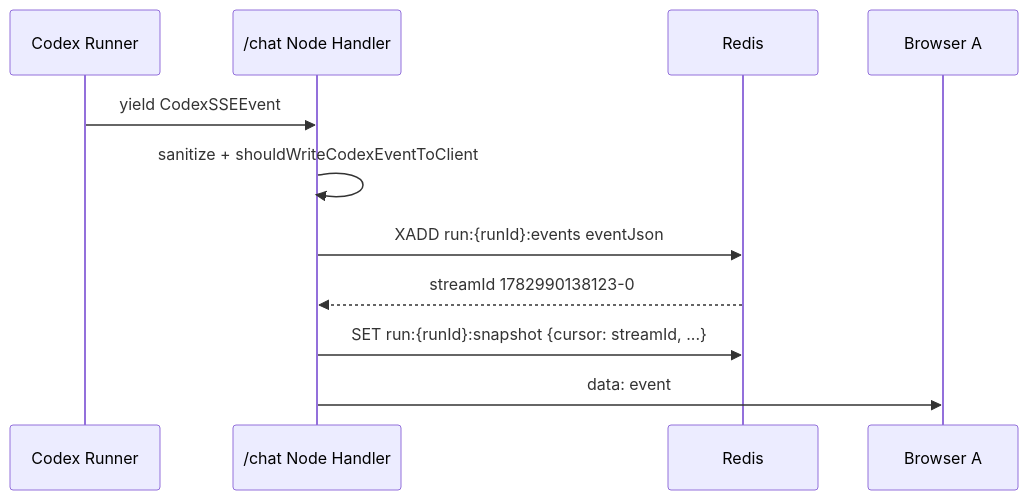
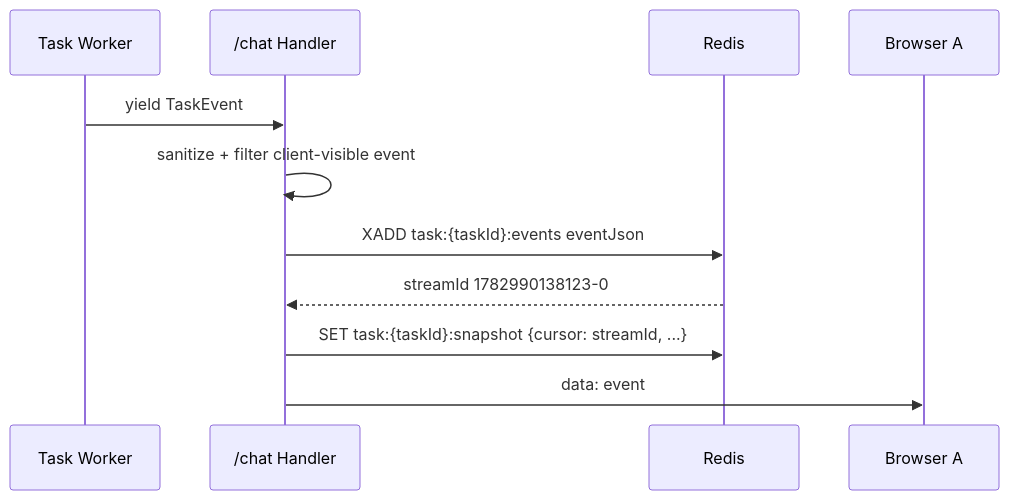
One commit to lizuncong/lizuncong.github.io changed the first of 4 diagrams in docs/codex/sse流式输出断开重连.md. Above: the diagram before and after it, drawn with Mermaid. The commit also changed other lines of this file, not shown here.

````diff
--- a/docs/codex/sse流式输出断开重连.md
+++ b/docs/codex/sse流式输出断开重连.md
@@ -351,14 +321,14 @@
 ```mermaid
 sequenceDiagram
-    participant Runner as Codex Runner
-    participant Chat as /chat Node Handler
+    participant Worker as Task Worker
+    participant Start as /chat Handler
     participant Redis as Redis
     participant Browser as Browser A
 
-    Runner->>Chat: yield CodexSSEEvent
-    Chat->>Chat: sanitize + shouldWriteCodexEventToClient
-    Chat->>Redis: XADD run:{runId}:events eventJson
-    Redis-->>Chat: streamId 1782990138123-0
-    Chat->>Redis: SET run:{runId}:snapshot {cursor: streamId, ...}
-    Chat->>Browser: data: event
+    Worker->>Start: yield TaskEvent
+    Start->>Start: sanitize + filter client-visible event
+    Start->>Redis: XADD task:{taskId}:events eventJson
+    Redis-->>Start: streamId 1782990138123-0
+    Start->>Redis: SET task:{taskId}:snapshot {cursor: streamId, ...}
+    Start->>Browser: data: event
 ```
````
